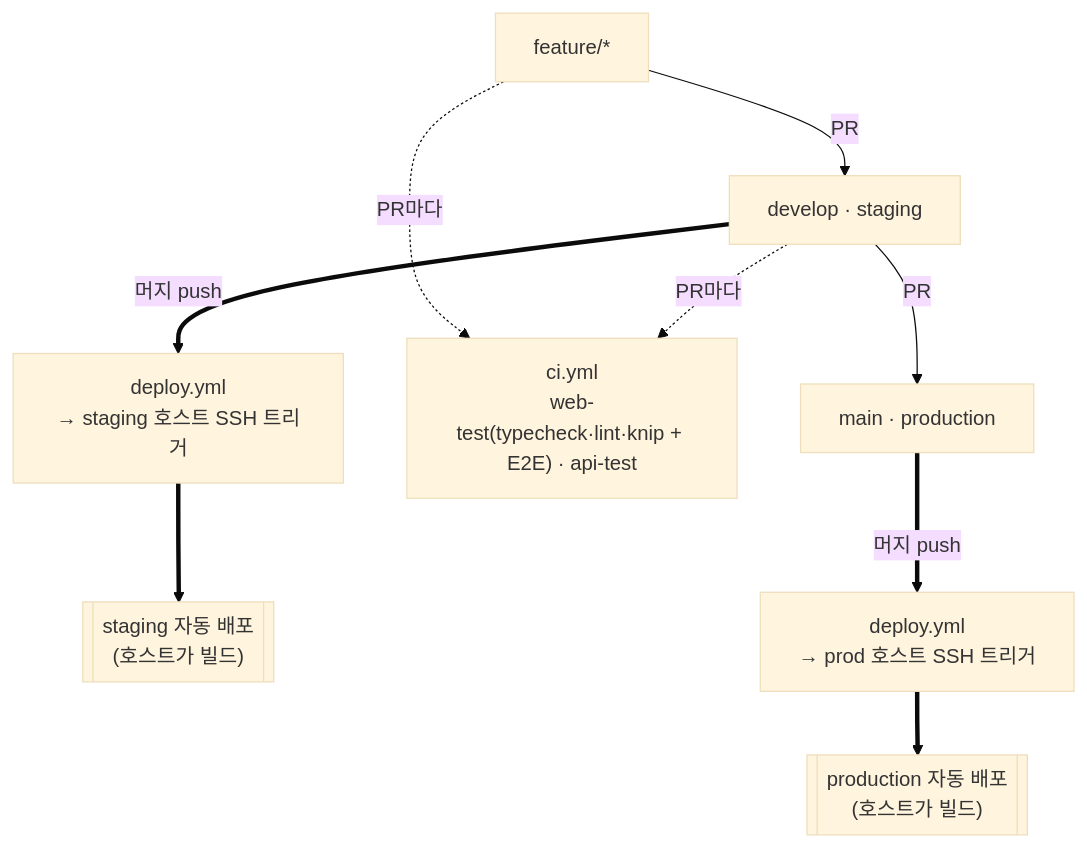
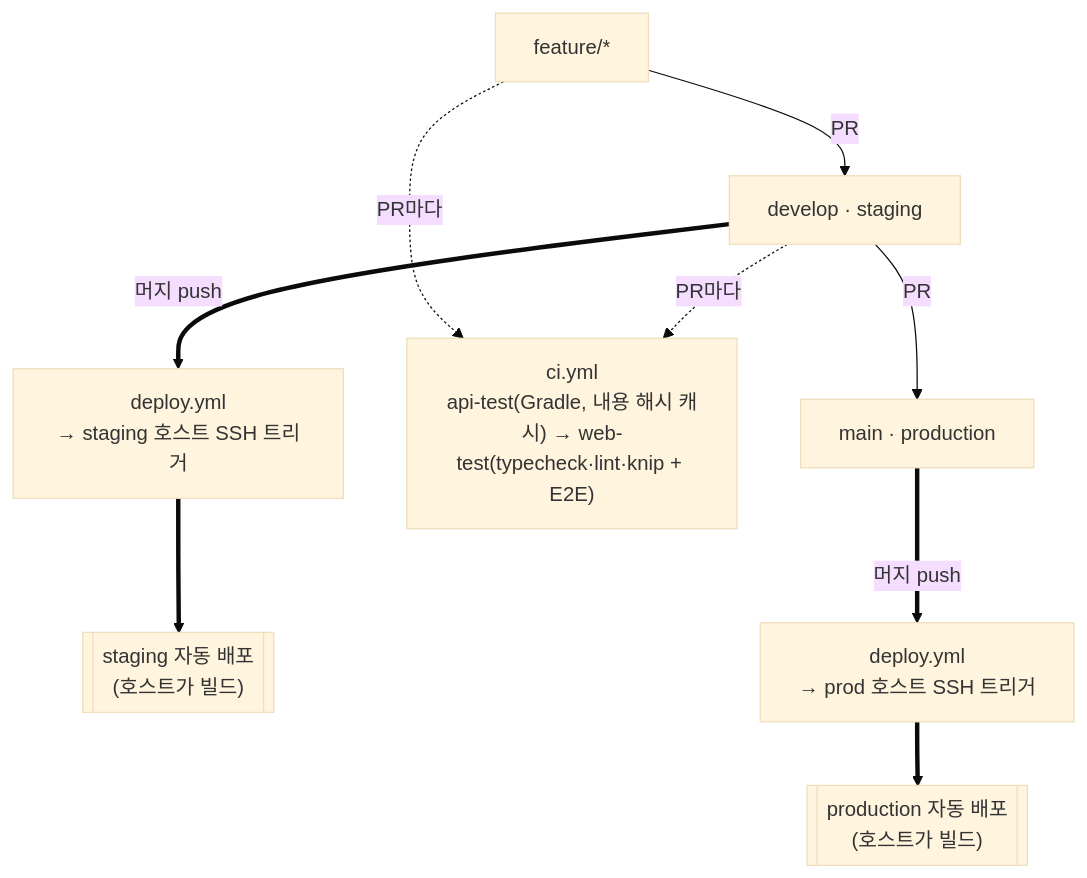
One commit to wafflestudio/cse.snu.ac.kr changed the diagram in README.md. Above: the diagram before and after it, drawn with Mermaid (base theme). The commit also changed other lines of this file and 3 other files, not shown here.

Commit message:
chore(ci): api-jar 를 api-test 에 합친다 — 내용 해시 캐시가 건너뛰기를 대신한다

````diff
--- a/README.md
+++ b/README.md
@@ -39,12 +39,12 @@
 ```mermaid
 flowchart TD
   feat["feature/*"] -->|"PR"| dev["develop · staging"]
   dev -->|"PR"| main["main · production"]
 
   feat -. "PR마다" .-> ci
   dev -. "PR마다" .-> ci
-  ci["ci.yml<br/>web-test(typecheck·lint·knip + E2E) · api-test"]
+  ci["ci.yml<br/>api-test(Gradle, 내용 해시 캐시) → web-test(typecheck·lint·knip + E2E)"]
 
   dev ==>|"머지 push"| dstg["deploy.yml<br/>→ staging 호스트 SSH 트리거"] ==> stg[["staging 자동 배포<br/>(호스트가 빌드)"]]
   main ==>|"머지 push"| dprd["deploy.yml<br/>→ prod 호스트 SSH 트리거"] ==> prd[["production 자동 배포<br/>(호스트가 빌드)"]]
 ```
````
